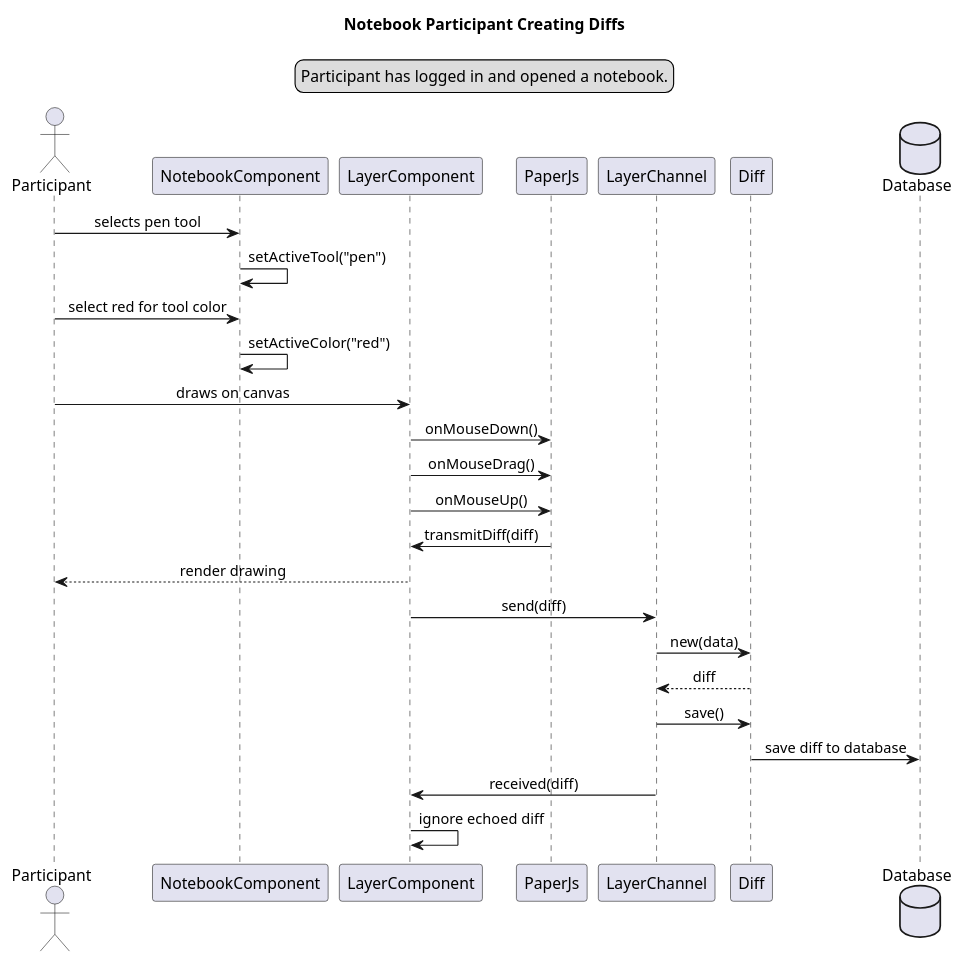
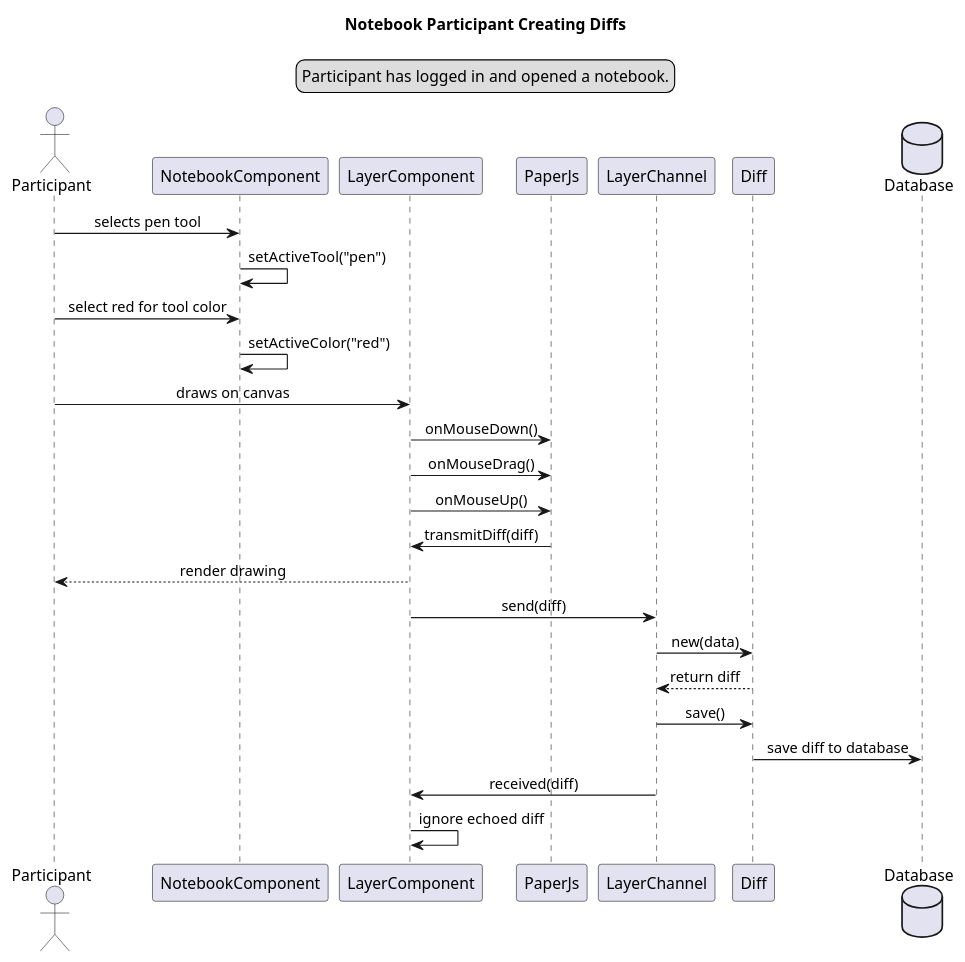
Before and after one commit to calebschoepp/canvasync: the diagram in docs/preliminary_design/participant_create_diffs_seq.plantuml, drawn with PlantUML. The commit also changed 5 other files, not shown here.

```diff
--- a/docs/preliminary_design/participant_create_diffs_seq.plantuml
+++ b/docs/preliminary_design/participant_create_diffs_seq.plantuml
@@ -1,36 +1,36 @@
 @startuml Notebook Participant Creating Diffs
 title Notebook Participant Creating Diffs
 skinparam sequenceMessageAlign center
 legend top
 Participant has logged in and opened a notebook.
 endlegend
 
 actor Participant as partic
 participant NotebookComponent as nc
 participant LayerComponent as lc
 participant PaperJs as pjs
 participant LayerChannel as lch
 participant Diff as d
 database Database as db
 
 partic -> nc : selects pen tool
 nc -> nc : setActiveTool("pen")
 partic -> nc : select red for tool color
 nc -> nc : setActiveColor("red")
 partic -> lc : draws on canvas
 
 lc -> pjs : onMouseDown()
 lc -> pjs : onMouseDrag()
 lc -> pjs : onMouseUp()
 pjs -> lc : transmitDiff(diff)
 
 lc --> partic : render drawing
 lc -> lch : send(diff)
 lch -> d : new(data)
-d --> lch : diff
+d --> lch : return diff
 lch -> d : save()
 d -> db : save diff to database
 lch -> lc : received(diff)
 lc -> lc : ignore echoed diff
 
 @enduml
```
